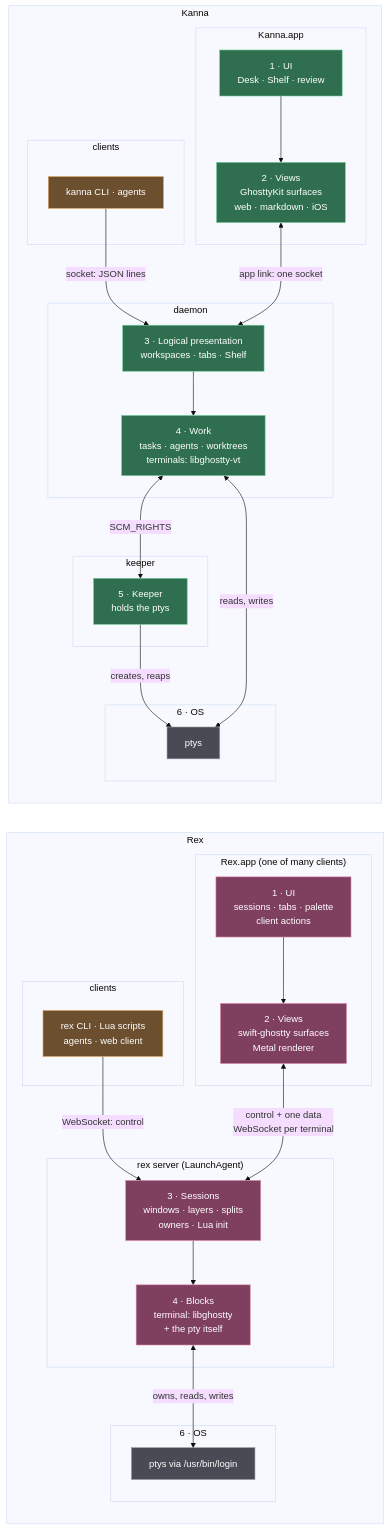
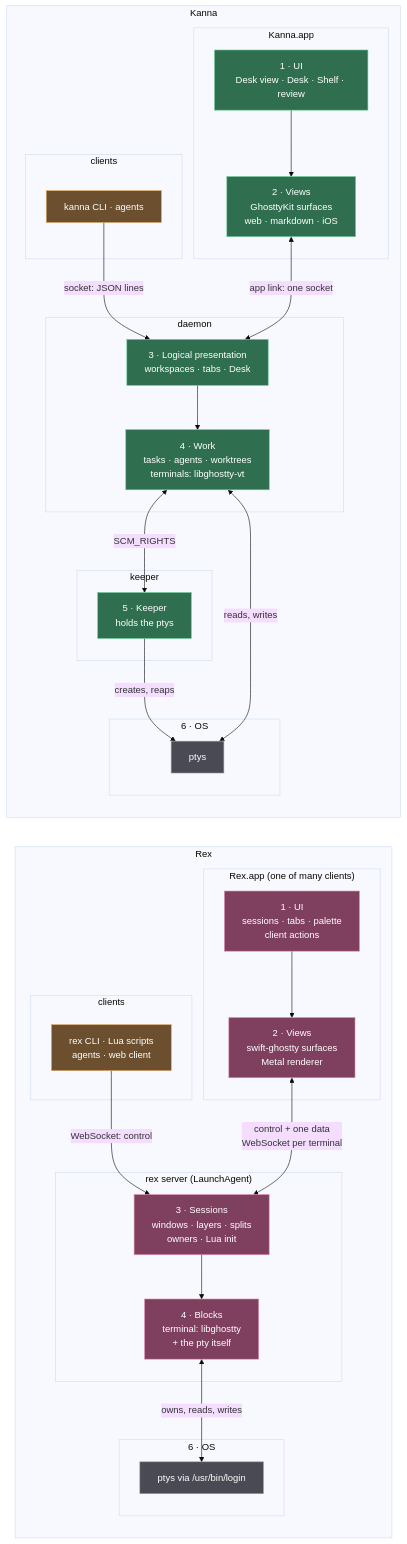
One commit to tampopogk/kanna changed the third of 3 diagrams in docs/research/rex.md. Above: the diagram before and after it, drawn with Mermaid (base theme). The commit also changed other lines of this file, not shown here.

Commit message:
rex research: Desk and Shelf names from main (Backlog is the Shelf, the old Shelf is the Desk), shelf-runners link

````diff
--- a/docs/research/rex.md
+++ b/docs/research/rex.md
@@ -140,60 +140,60 @@
 ```mermaid
 flowchart LR
     subgraph REX["Rex"]
         direction TB
         subgraph RCL["clients"]
             RCLI["rex CLI · Lua scripts<br/>agents · web client"]
         end
         subgraph RAPP["Rex.app (one of many clients)"]
             R1["1 · UI<br/>sessions · tabs · palette<br/>client actions"]
             R2["2 · Views<br/>swift-ghostty surfaces<br/>Metal renderer"]
         end
         subgraph RSRV["rex server (LaunchAgent)"]
             R3["3 · Sessions<br/>windows · layers · splits<br/>owners · Lua init"]
             R4["4 · Blocks<br/>terminal: libghostty<br/>+ the pty itself"]
         end
         subgraph ROS["6 · OS"]
             RPTY["ptys via /usr/bin/login"]
         end
         RCLI -->|"WebSocket: control"| R3
         R2 <-->|"control + one data<br/>WebSocket per terminal"| R3
         R3 --> R4
         R4 <-->|"owns, reads, writes"| RPTY
         R1 --> R2
     end
     subgraph KAN["Kanna"]
         direction TB
         subgraph KCL["clients"]
             KCLI["kanna CLI · agents"]
         end
         subgraph KAPP["Kanna.app"]
-            K1["1 · UI<br/>Desk · Shelf · review"]
+            K1["1 · UI<br/>Desk view · Desk · Shelf · review"]
             K2["2 · Views<br/>GhosttyKit surfaces<br/>web · markdown · iOS"]
         end
         subgraph KD["daemon"]
-            K3["3 · Logical presentation<br/>workspaces · tabs · Shelf"]
+            K3["3 · Logical presentation<br/>workspaces · tabs · Desk"]
             K4["4 · Work<br/>tasks · agents · worktrees<br/>terminals: libghostty-vt"]
         end
         subgraph KK["keeper"]
             K5["5 · Keeper<br/>holds the ptys"]
         end
         subgraph KOS["6 · OS"]
             KPTY["ptys"]
         end
         KCLI -->|"socket: JSON lines"| K3
         K2 <-->|"app link: one socket"| K3
         K3 --> K4
         K4 <-->|"SCM_RIGHTS"| K5
         K5 -->|"creates, reaps"| KPTY
         K4 <-->|"reads, writes"| KPTY
         K1 --> K2
     end
     classDef rex fill:#7f3f5f,stroke:#e08fb0,color:#ffffff
     classDef kanna fill:#2f6f4f,stroke:#6fcf97,color:#ffffff
     classDef os fill:#4a4a55,stroke:#9a9aa8,color:#ffffff
     classDef client fill:#6b4f2f,stroke:#e0a960,color:#ffffff
     class R1,R2,R3,R4 rex
     class K1,K2,K3,K4,K5 kanna
     class RPTY,KPTY os
     class RCLI,KCLI client
 ```
````
